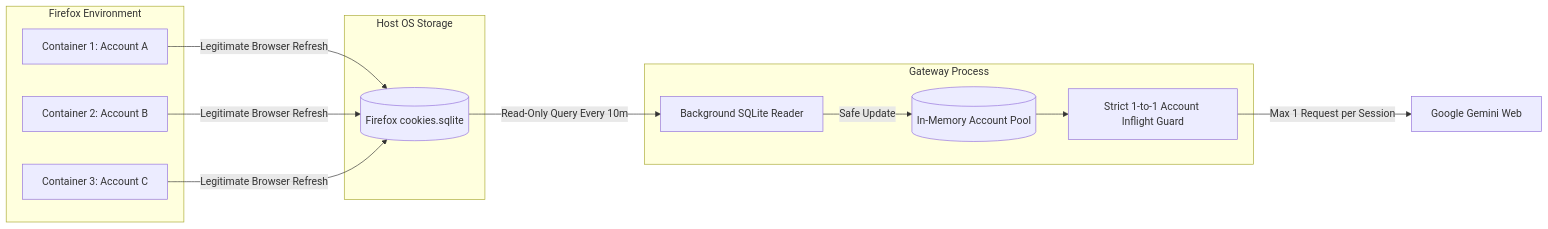
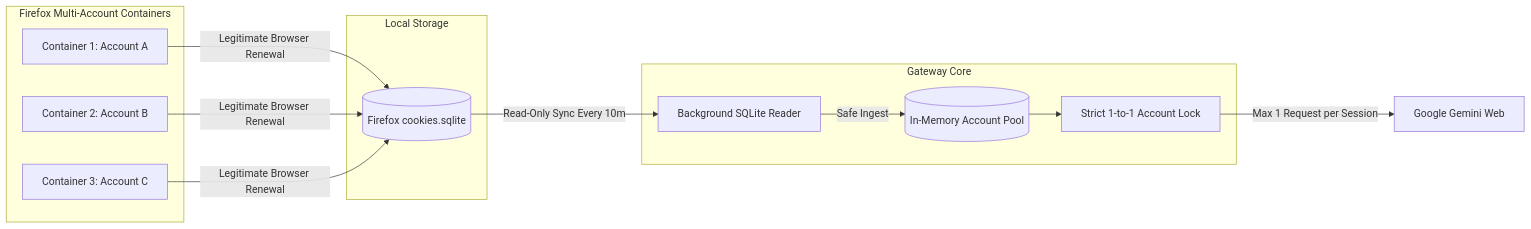
The second of 2 diagrams in README.md (ab410010066-byte/gemini-free-api), drawn with Mermaid before and after one commit. The commit also changed other lines of this file and 3 other files, not shown here.

````diff
--- a/README.md
+++ b/README.md
@@ -79,27 +101,27 @@
 ```mermaid
 flowchart LR
-    subgraph Firefox Environment
+    subgraph Firefox Multi-Account Containers
         C1[Container 1: Account A]
         C2[Container 2: Account B]
         C3[Container 3: Account C]
     end
 
-    subgraph Host OS Storage
+    subgraph Local Storage
         SQLite[(Firefox cookies.sqlite)]
     end
 
-    subgraph Gateway Process
+    subgraph Gateway Core
         Poller[Background SQLite Reader]
         Pool[(In-Memory Account Pool)]
-        InflightLock[Strict 1-to-1 Account Inflight Guard]
+        InflightLock[Strict 1-to-1 Account Lock]
     end
 
-    C1 -->|Legitimate Browser Refresh| SQLite
-    C2 -->|Legitimate Browser Refresh| SQLite
-    C3 -->|Legitimate Browser Refresh| SQLite
+    C1 -->|Legitimate Browser Renewal| SQLite
+    C2 -->|Legitimate Browser Renewal| SQLite
+    C3 -->|Legitimate Browser Renewal| SQLite
 
-    SQLite -->|Read-Only Query Every 10m| Poller
-    Poller -->|Safe Update| Pool
+    SQLite -->|Read-Only Sync Every 10m| Poller
+    Poller -->|Safe Ingest| Pool
     Pool --> InflightLock
     InflightLock -->|Max 1 Request per Session| Upstream[Google Gemini Web]
 ```
````
